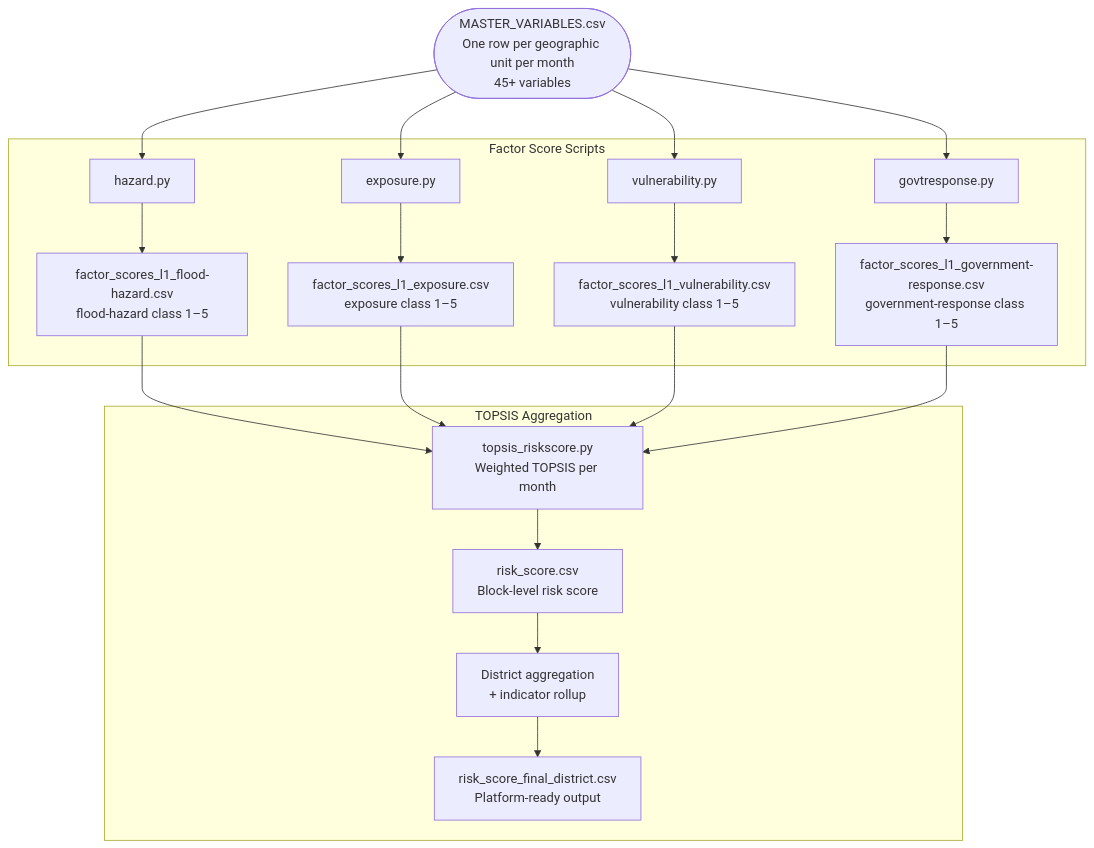
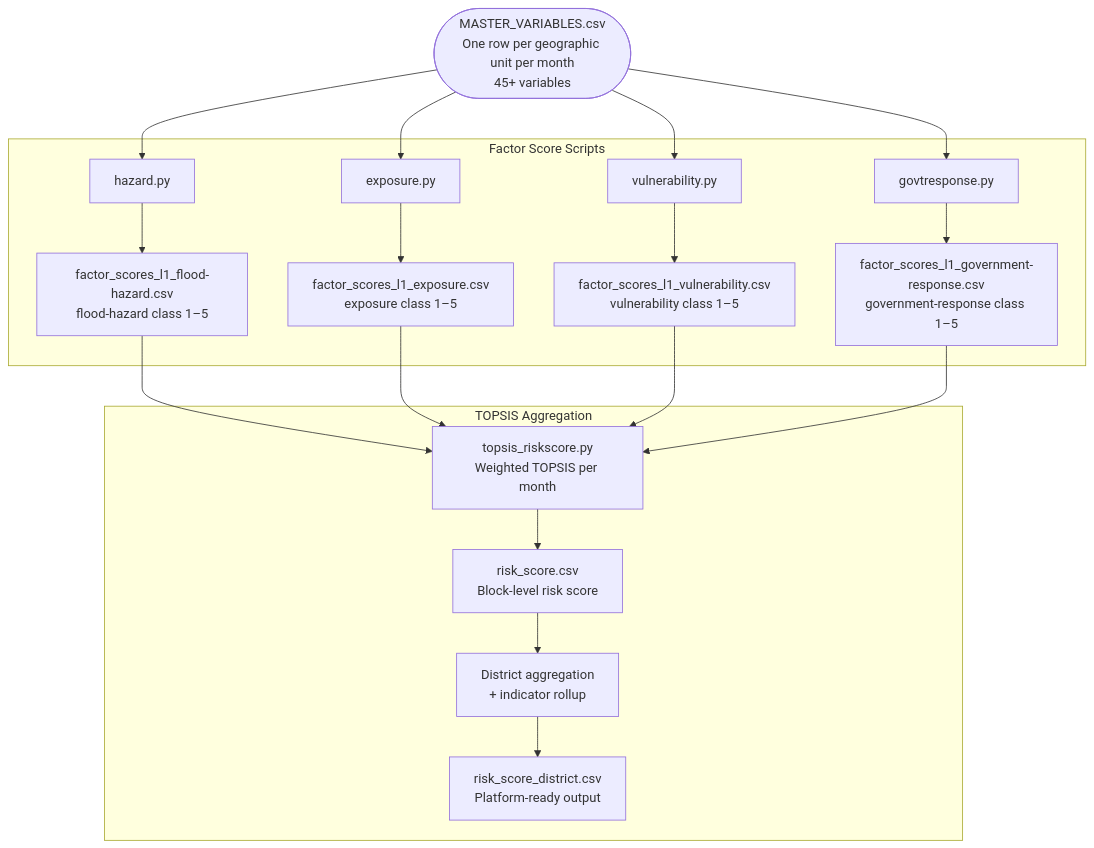
The diagram in docs/README.md (CivicDataLab/risk-score-model-generic), drawn with Mermaid before and after one commit. The commit also changed other lines of this file and 19 other files, not shown here.

````diff
--- a/docs/README.md
+++ b/docs/README.md
@@ -26,23 +27,23 @@
 ```mermaid
 flowchart TD
     A([MASTER_VARIABLES.csv\nOne row per geographic unit per month\n45+ variables]) --> B
 
     subgraph FactorScores["Factor Score Scripts"]
         B[hazard.py] --> B1[factor_scores_l1_flood-hazard.csv\nflood-hazard class 1–5]
         C[exposure.py] --> C1[factor_scores_l1_exposure.csv\nexposure class 1–5]
         D[vulnerability.py] --> D1[factor_scores_l1_vulnerability.csv\nvulnerability class 1–5]
         E[govtresponse.py] --> E1[factor_scores_l1_government-response.csv\ngovernment-response class 1–5]
     end
 
     A --> C
     A --> D
     A --> E
 
     B1 & C1 & D1 & E1 --> F
 
     subgraph TOPSIS["TOPSIS Aggregation"]
         F[topsis_riskscore.py\nWeighted TOPSIS per month] --> G[risk_score.csv\nBlock-level risk score]
         G --> H[District aggregation\n+ indicator rollup]
-        H --> I[risk_score_final_district.csv\nPlatform-ready output]
+        H --> I[risk_score_district.csv\nPlatform-ready output]
     end
 ```
````
